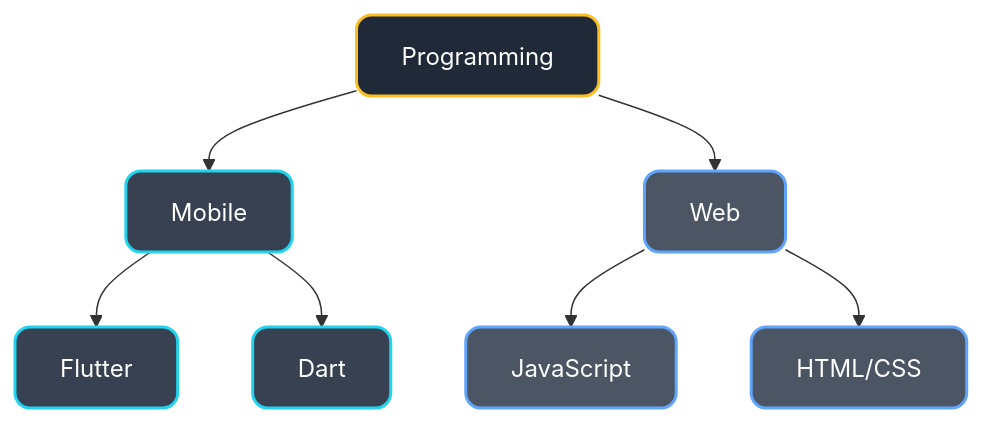
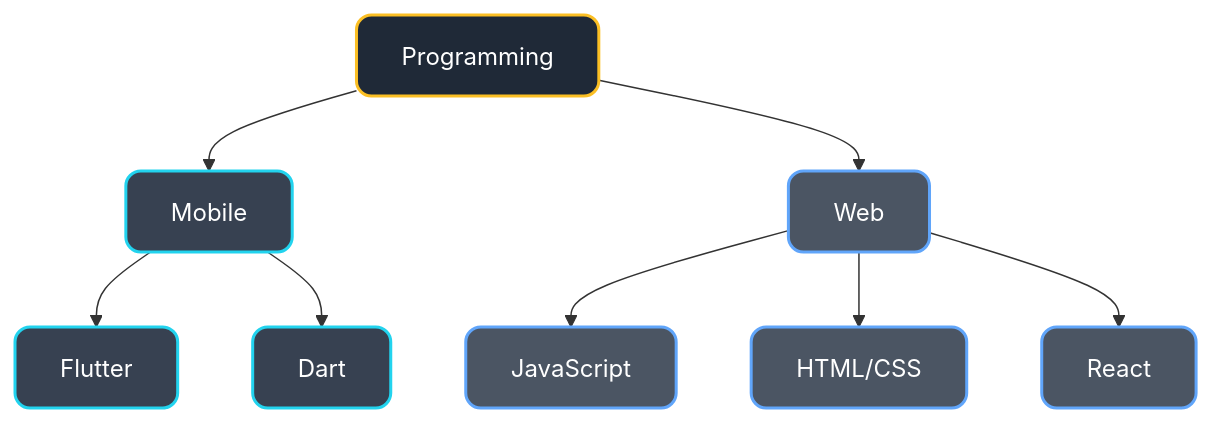
Before and after one commit to Raseelp/Raseelp: the first of 2 diagrams in README.md, drawn with Mermaid.

````diff
--- a/README.md
+++ b/README.md
@@ -28,28 +28,29 @@
 ```mermaid
 %% Note: This graph showcases my Technical Skills.  
 %% If it doesn't display, please view it on the GitHub website.
 graph TD
     A[Programming] --> B[Mobile]
     A --> C[Web]
    
     
     B --> B1[Flutter]
     B --> B2[Dart]
     
     C --> C1[JavaScript]
     C --> C2[HTML/CSS]
+    C --> C3[React]
     
     
   
 
     classDef main fill:#1f2937,stroke:#fbbf24,stroke-width:2px,color:#ffffff,rx:10px,ry:10px;
     classDef mobile fill:#374151,stroke:#22d3ee,stroke-width:2px,color:#ffffff,rx:10px,ry:10px;
     classDef web fill:#4b5563,stroke:#60a5fa,stroke-width:2px,color:#ffffff,rx:10px,ry:10px;
     
 
     class A main;
     class B,B1,B2 mobile;
-    class C,C1,C2 web;
+    class C,C1,C2,C3 web;
     
 
 ```
````
